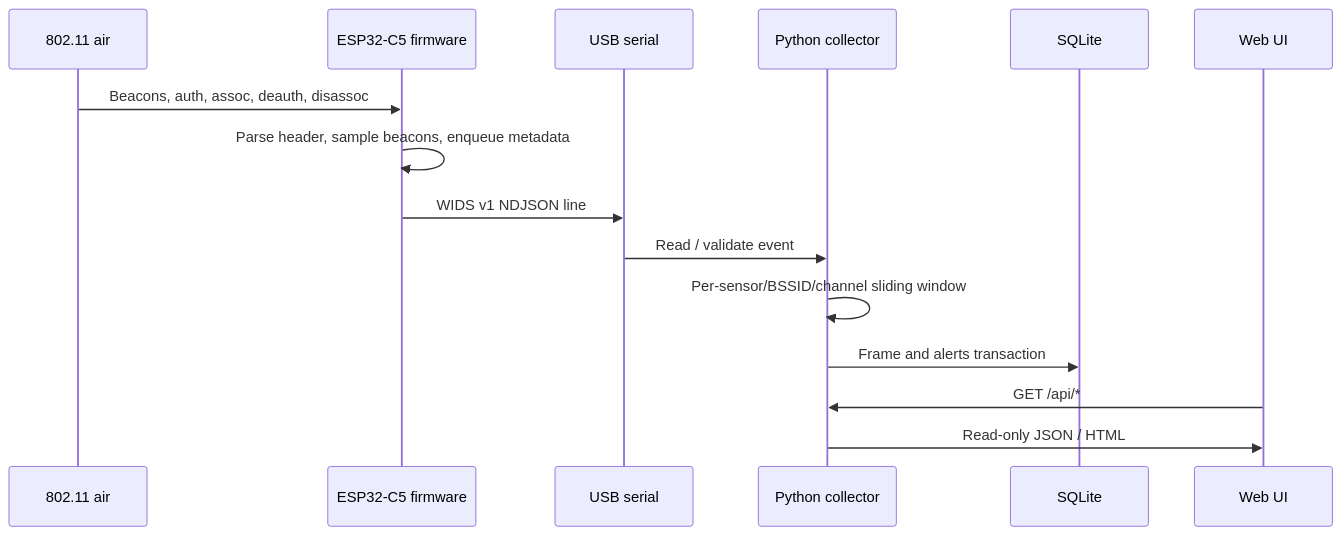
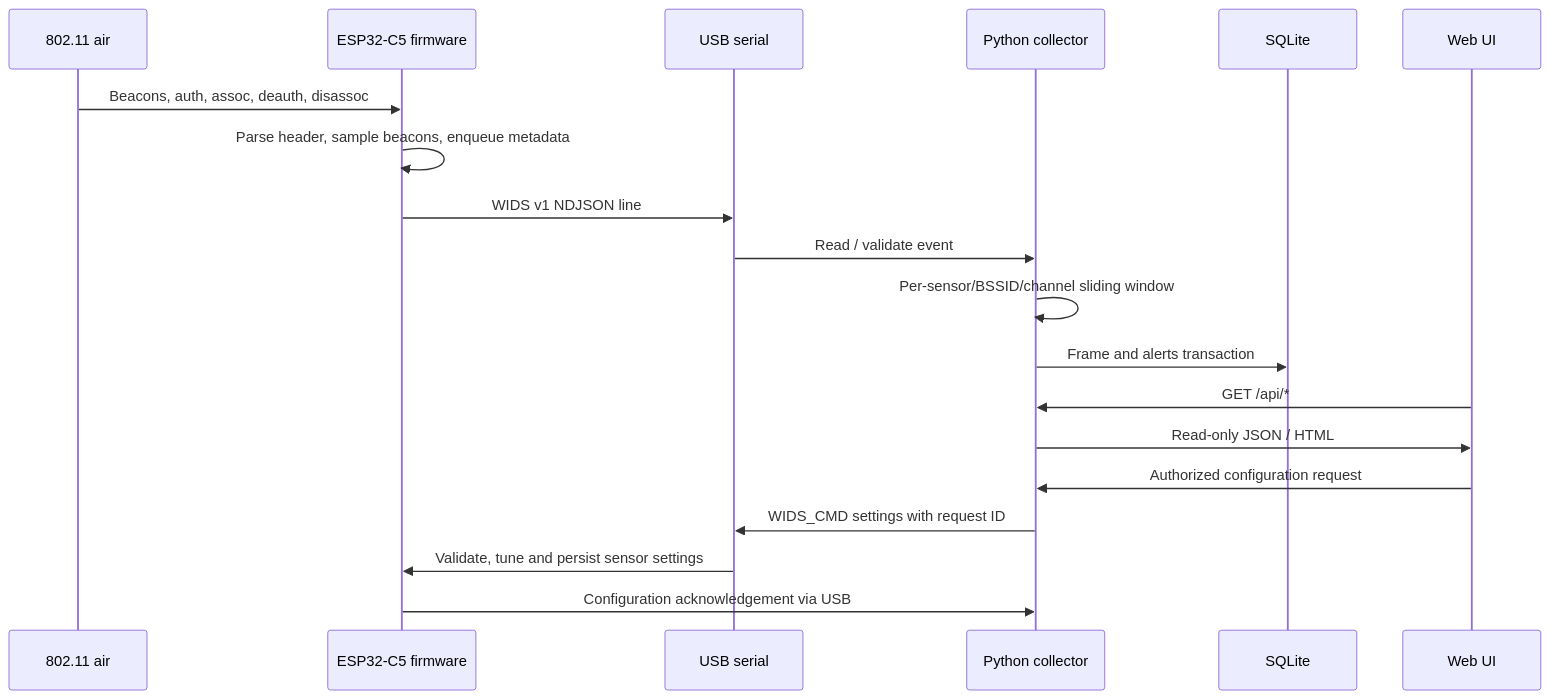
The diagram in docs/ARCHITECTURE.md (PurpleSentinel/WiFi-Sentinel), drawn with Mermaid before and after one commit. The commit also changed other lines of this file and 20 other files, not shown here.

Commit message:
Add configuration and sensor status dialogs with live USB control (#10)

````diff
--- a/docs/ARCHITECTURE.md
+++ b/docs/ARCHITECTURE.md
@@ -9,17 +9,21 @@
 ```mermaid
 sequenceDiagram
   participant RF as 802.11 air
   participant ESP as ESP32-C5 firmware
   participant USB as USB serial
   participant Pi as Python collector
   participant DB as SQLite
   participant Browser as Web UI
   RF->>ESP: Beacons, auth, assoc, deauth, disassoc
   ESP->>ESP: Parse header, sample beacons, enqueue metadata
   ESP->>USB: WIDS v1 NDJSON line
   USB->>Pi: Read / validate event
   Pi->>Pi: Per-sensor/BSSID/channel sliding window
   Pi->>DB: Frame and alerts transaction
   Browser->>Pi: GET /api/*
   Pi->>Browser: Read-only JSON / HTML
+  Browser->>Pi: Authorized configuration request
+  Pi->>USB: WIDS_CMD settings with request ID
+  USB->>ESP: Validate, tune and persist sensor settings
+  ESP->>Pi: Configuration acknowledgement via USB
 ```
````
